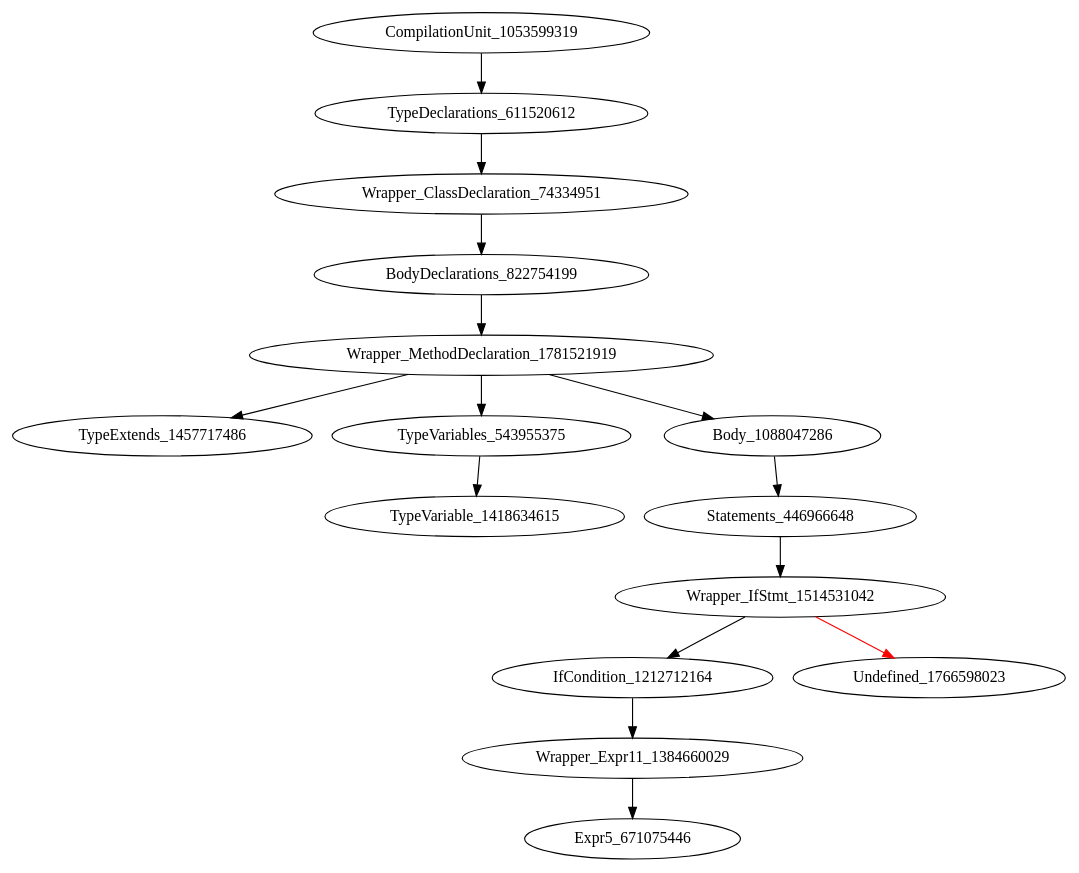
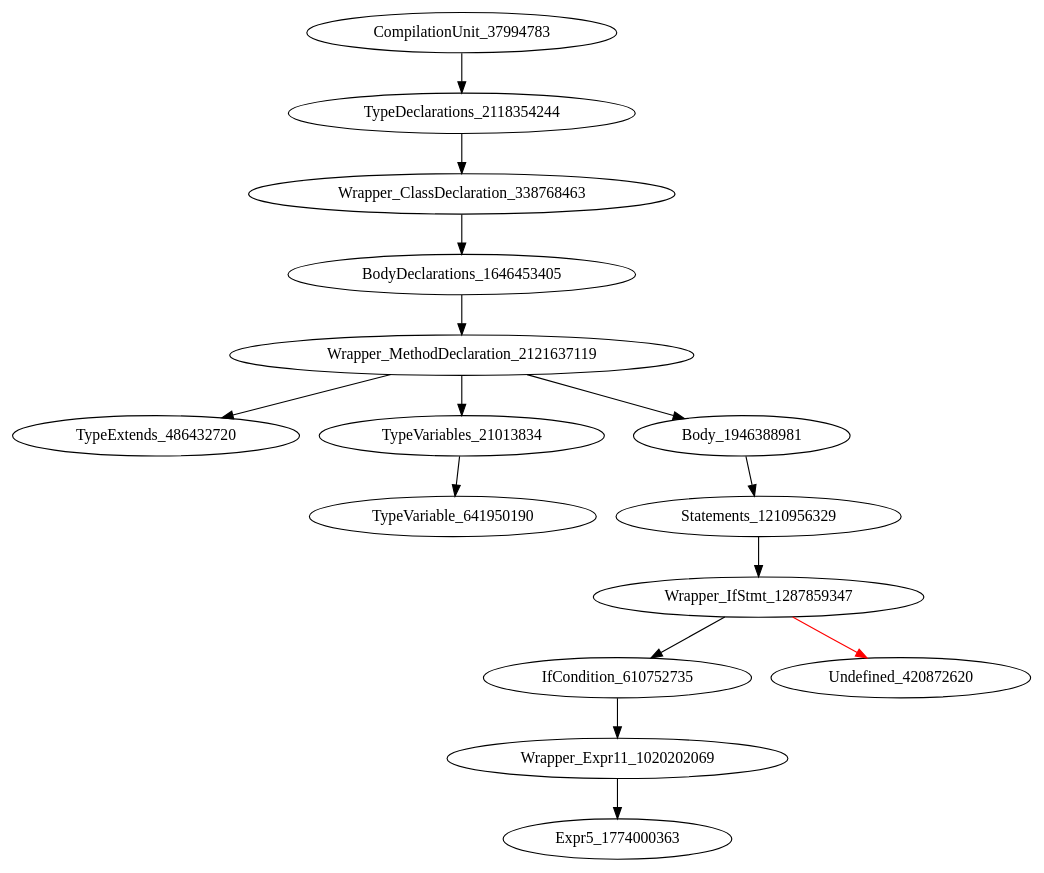
Before and after one commit to icse2023material/VoiceJava: the diagram in holeAST.dot, drawn with Graphviz. The commit also changed 8 other files, not shown here.

```diff
--- a/holeAST.dot
+++ b/holeAST.dot
@@ -1,16 +1,16 @@
 digraph {
-CompilationUnit_1053599319 -> TypeDeclarations_611520612
-TypeDeclarations_611520612 -> Wrapper_ClassDeclaration_74334951
-Wrapper_ClassDeclaration_74334951 -> BodyDeclarations_822754199
-BodyDeclarations_822754199 -> Wrapper_MethodDeclaration_1781521919
-Wrapper_MethodDeclaration_1781521919 -> TypeExtends_1457717486
-Wrapper_MethodDeclaration_1781521919 -> TypeVariables_543955375
-Wrapper_MethodDeclaration_1781521919 -> Body_1088047286
-TypeVariables_543955375 -> TypeVariable_1418634615
-Body_1088047286 -> Statements_446966648
-Statements_446966648 -> Wrapper_IfStmt_1514531042
-Wrapper_IfStmt_1514531042 -> IfCondition_1212712164
-Wrapper_IfStmt_1514531042 -> Undefined_1766598023 [color = red] 
-IfCondition_1212712164 -> Wrapper_Expr11_1384660029
-Wrapper_Expr11_1384660029 -> Expr5_671075446
+CompilationUnit_37994783 -> TypeDeclarations_2118354244
+TypeDeclarations_2118354244 -> Wrapper_ClassDeclaration_338768463
+Wrapper_ClassDeclaration_338768463 -> BodyDeclarations_1646453405
+BodyDeclarations_1646453405 -> Wrapper_MethodDeclaration_2121637119
+Wrapper_MethodDeclaration_2121637119 -> TypeExtends_486432720
+Wrapper_MethodDeclaration_2121637119 -> TypeVariables_21013834
+Wrapper_MethodDeclaration_2121637119 -> Body_1946388981
+TypeVariables_21013834 -> TypeVariable_641950190
+Body_1946388981 -> Statements_1210956329
+Statements_1210956329 -> Wrapper_IfStmt_1287859347
+Wrapper_IfStmt_1287859347 -> IfCondition_610752735
+Wrapper_IfStmt_1287859347 -> Undefined_420872620 [color = red] 
+IfCondition_610752735 -> Wrapper_Expr11_1020202069
+Wrapper_Expr11_1020202069 -> Expr5_1774000363
 }
```
